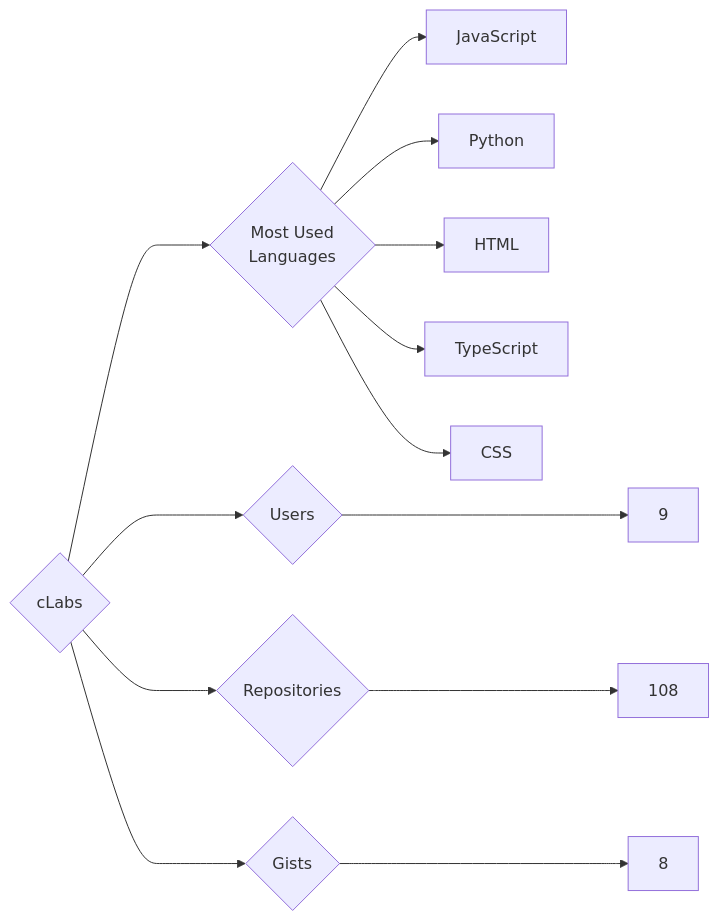
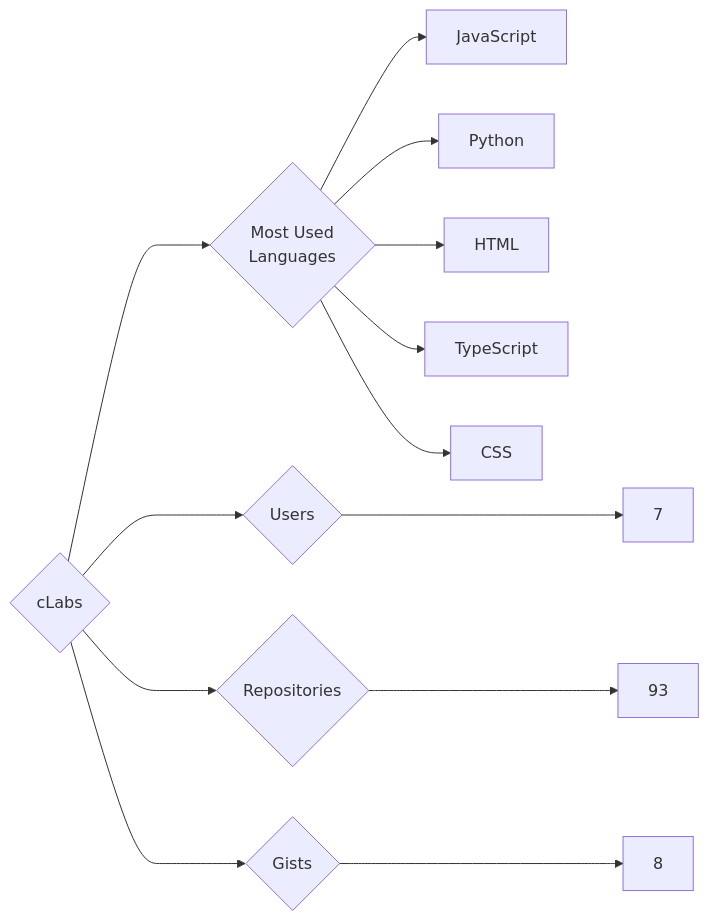
Before and after one commit to trickest/insiders: the diagram in targets/cLabs/README.md, drawn with Mermaid. The commit also changed 860 other files, not shown here.

````diff
--- a/targets/cLabs/README.md
+++ b/targets/cLabs/README.md
@@ -3,13 +3,13 @@
 ```mermaid
 graph LR
 COMPANY_NAME{cLabs}
-COMPANY_NAME ---> U{Users} ---> UN[9]
-COMPANY_NAME ---> R{Repositories} ---> RN[108]
+COMPANY_NAME ---> U{Users} ---> UN[7]
+COMPANY_NAME ---> R{Repositories} ---> RN[93]
 COMPANY_NAME ---> G{Gists} ---> GN[8]
 COMPANY_NAME ---> ML{Most Used<br>Languages}
 ML --> JavaScript[JavaScript]
 ML --> Python[Python]
 ML --> HTML[HTML]
 ML --> TypeScript[TypeScript]
 ML --> CSS[CSS]
 ```
````
